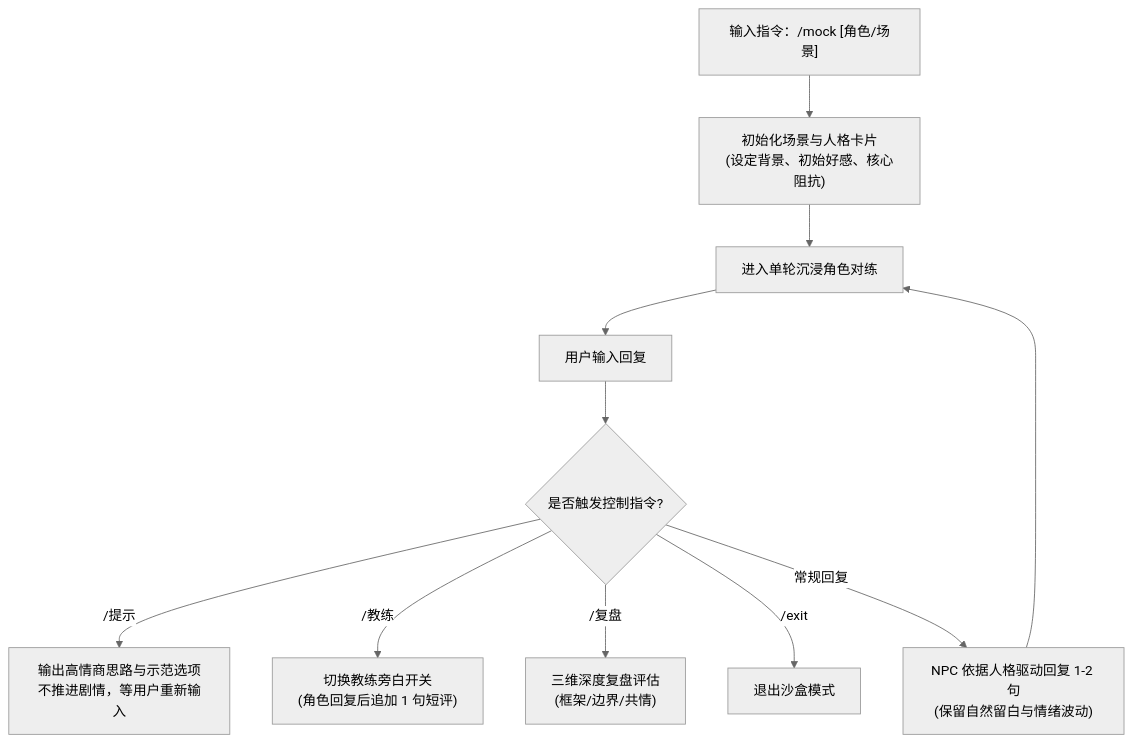
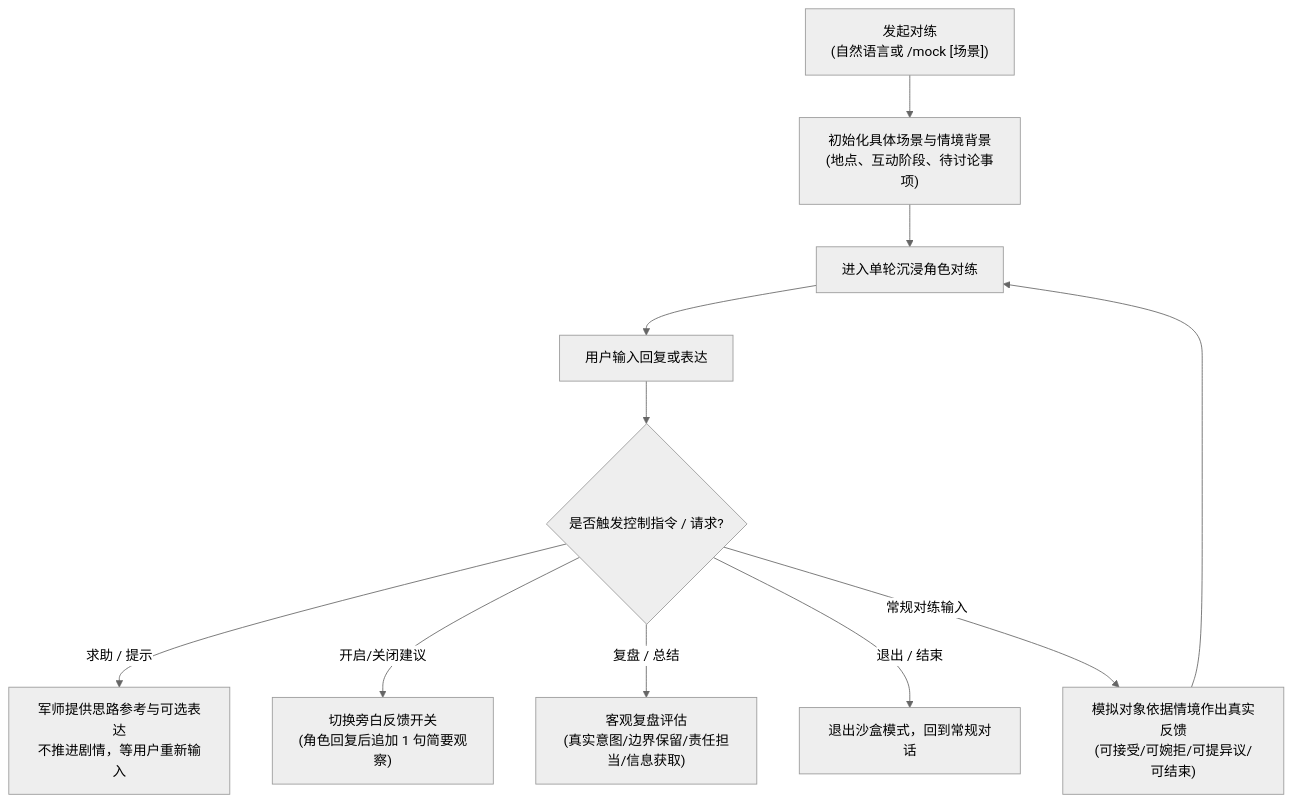
One commit to CAoyinggo/emotional-push-pull changed the diagram in .agents/skills/emotional-master/references/crush_sandbox_simulator.md. Above: the diagram before and after it, drawn with Mermaid (neutral theme). The commit also changed other lines of this file and 27 other files, not shown here.

````diff
--- a/.agents/skills/emotional-master/references/crush_sandbox_simulator.md
+++ b/.agents/skills/emotional-master/references/crush_sandbox_simulator.md
@@ -11,13 +11,13 @@
 ```mermaid
 flowchart TD
-    Start["输入指令：/mock [角色/场景]"] --> Init["初始化场景与人格卡片<br>(设定背景、初始好感、核心阻抗)"]
+    Start["发起对练<br>(自然语言或 /mock [场景])"] --> Init["初始化具体场景与情境背景<br>(地点、互动阶段、待讨论事项)"]
     Init --> TurnLoop["进入单轮沉浸角色对练"]
-    TurnLoop --> UserInput["用户输入回复"]
-    UserInput --> Router{是否触发控制指令?}
-    Router -- "/提示" --> Hint["输出高情商思路与示范选项<br>不推进剧情，等用户重新输入"]
-    Router -- "/教练" --> Coach["切换教练旁白开关<br>(角色回复后追加 1 句短评)"]
-    Router -- "/复盘" --> Review["三维深度复盘评估<br>(框架/边界/共情)"]
-    Router -- "/exit" --> Exit["退出沙盒模式"]
-    Router -- "常规回复" --> SimNPC["NPC 依据人格驱动回复 1-2 句<br>(保留自然留白与情绪波动)"]
+    TurnLoop --> UserInput["用户输入回复或表达"]
+    UserInput --> Router{是否触发控制指令 / 请求?}
+    Router -- "求助 / 提示" --> Hint["军师提供思路参考与可选表达<br>不推进剧情，等用户重新输入"]
+    Router -- "开启/关闭建议" --> Coach["切换旁白反馈开关<br>(角色回复后追加 1 句简要观察)"]
+    Router -- "复盘 / 总结" --> Review["客观复盘评估<br>(真实意图/边界保留/责任担当/信息获取)"]
+    Router -- "退出 / 结束" --> Exit["退出沙盒模式，回到常规对话"]
+    Router -- "常规对练输入" --> SimNPC["模拟对象依据情境作出真实反馈<br>(可接受/可婉拒/可提异议/可结束)"]
     SimNPC --> TurnLoop
 ```
````
